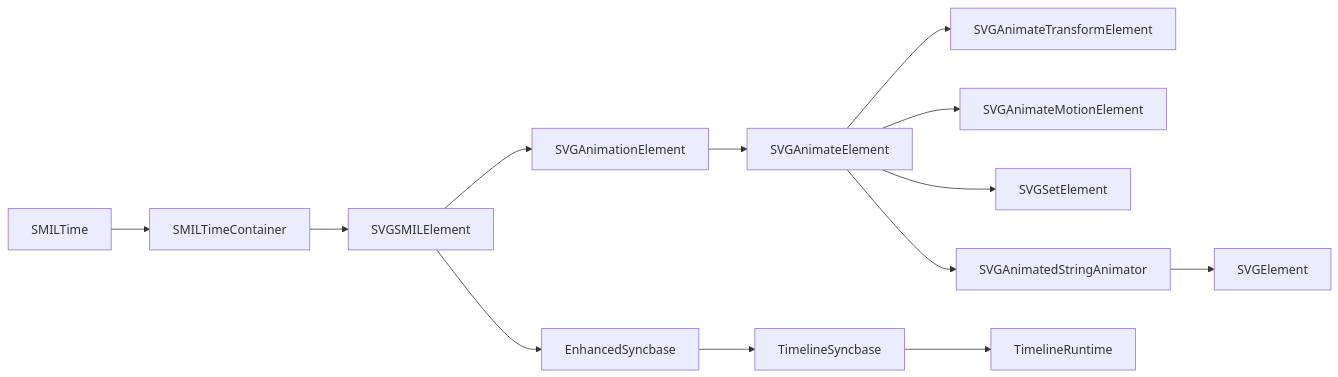
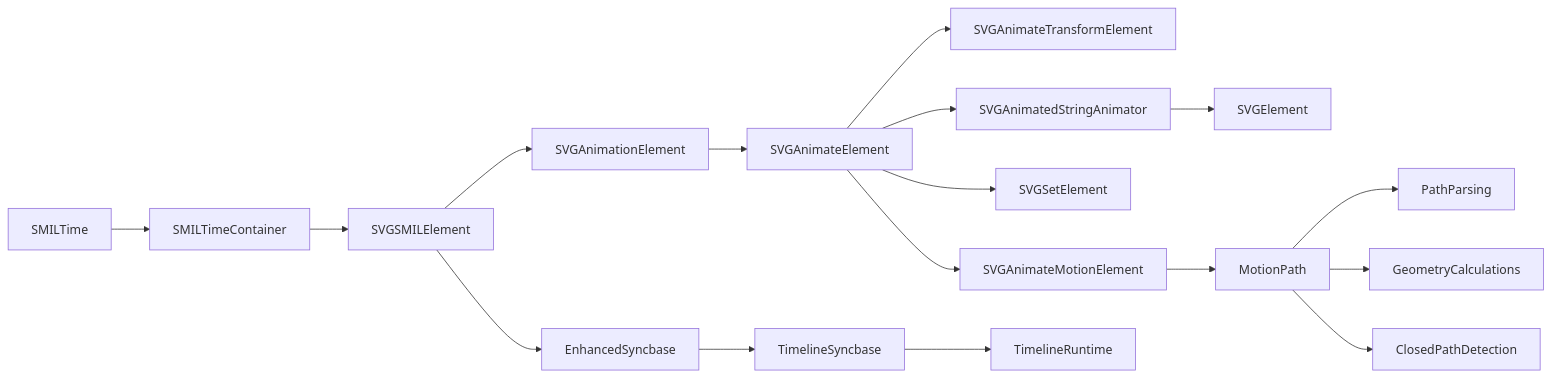
Diagram 12 of 12 in .qoder/repowiki/en/content/Animated SVG Support/SMIL Animation Specification/SMIL Animation Specification.md (denisnadey/flutter_full_svg_support), drawn with Mermaid before and after one commit. The commit also changed other lines of this file and 18 other files, not shown here.

First line of the commit message:
feat(smil): enhance animation runtime with discrete calcMode and motion path improvements

````diff
--- a/.qoder/repowiki/en/content/Animated SVG Support/SMIL Animation Specification/SMIL Animation Specification.md
+++ b/.qoder/repowiki/en/content/Animated SVG Support/SMIL Animation Specification/SMIL Animation Specification.md
@@ -575,15 +667,19 @@
 ```mermaid
 graph LR
 SMILTime --> SMILTimeContainer
 SMILTimeContainer --> SVGSMILElement
 SVGSMILElement --> SVGAnimationElement
 SVGAnimationElement --> SVGAnimateElement
 SVGAnimateElement --> SVGAnimateTransformElement
 SVGAnimateElement --> SVGAnimateMotionElement
 SVGAnimateElement --> SVGSetElement
 SVGAnimateElement --> SVGAnimatedStringAnimator
 SVGAnimatedStringAnimator --> SVGElement
 SVGSMILElement --> EnhancedSyncbase
 EnhancedSyncbase --> TimelineSyncbase
 TimelineSyncbase --> TimelineRuntime
+SVGAnimateMotionElement --> MotionPath
+MotionPath --> PathParsing
+MotionPath --> GeometryCalculations
+MotionPath --> ClosedPathDetection
 ```
````
